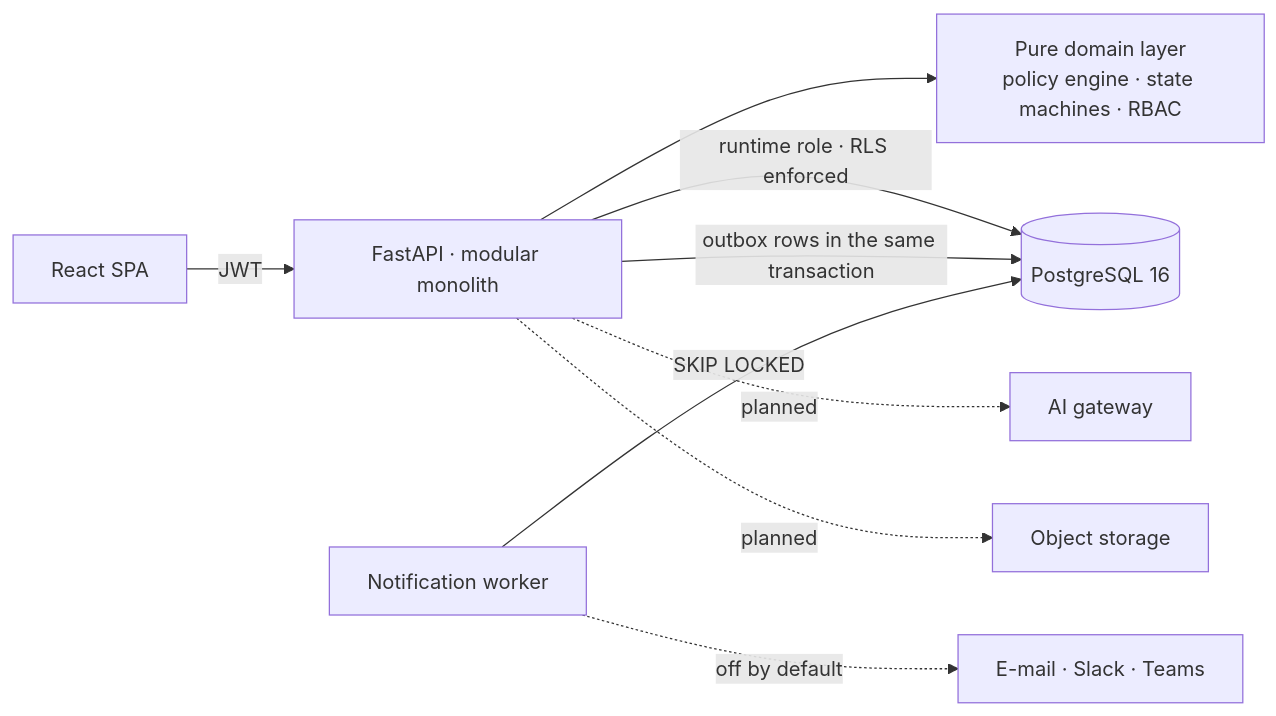
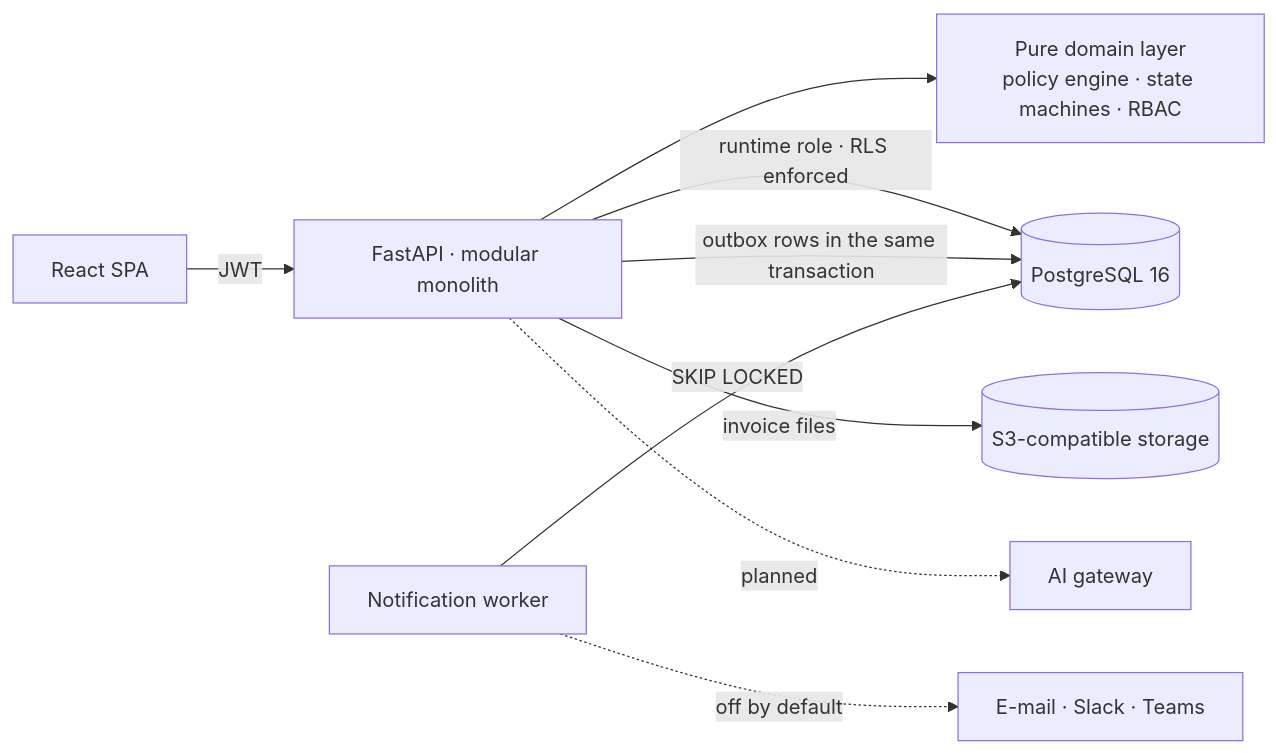
The diagram in README.md (Dracula-5/procuraX), drawn with Mermaid before and after one commit. The commit also changed other lines of this file and 11 other files, not shown here.

````diff
--- a/README.md
+++ b/README.md
@@ -68,10 +69,11 @@
 ```mermaid
 flowchart LR
     SPA[React SPA] -->|JWT| API[FastAPI · modular monolith]
     API --> D[Pure domain layer<br/>policy engine · state machines · RBAC]
     API -->|runtime role · RLS enforced| PG[(PostgreSQL 16)]
     API -->|outbox rows in the same transaction| PG
     W[Notification worker] -->|SKIP LOCKED| PG
     W -.off by default.-> M[E-mail · Slack · Teams]
-    API -.planned.-> AI[AI gateway] & S3[Object storage]
+    API -->|invoice files| S3[(S3-compatible storage)]
+    API -.planned.-> AI[AI gateway]
 ```
````
